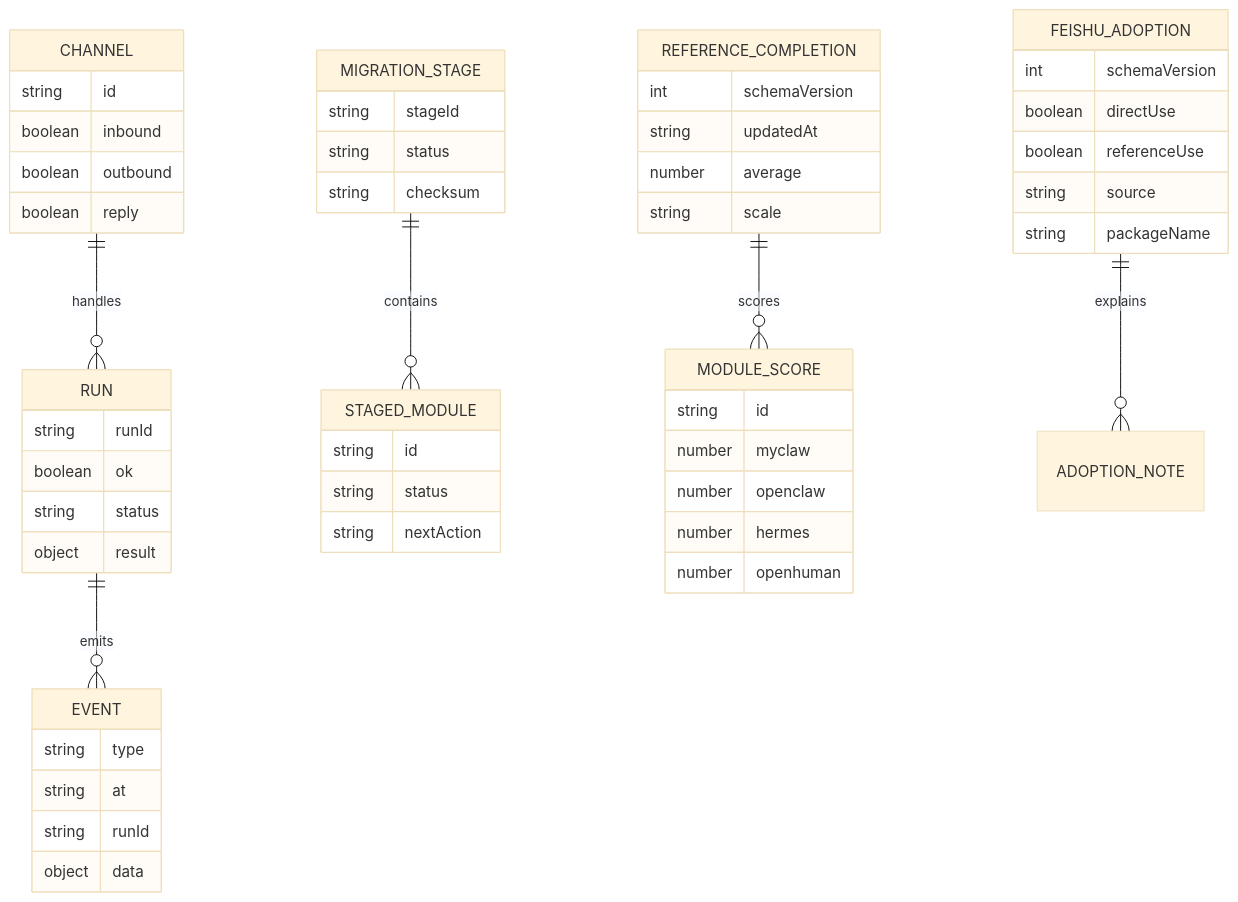
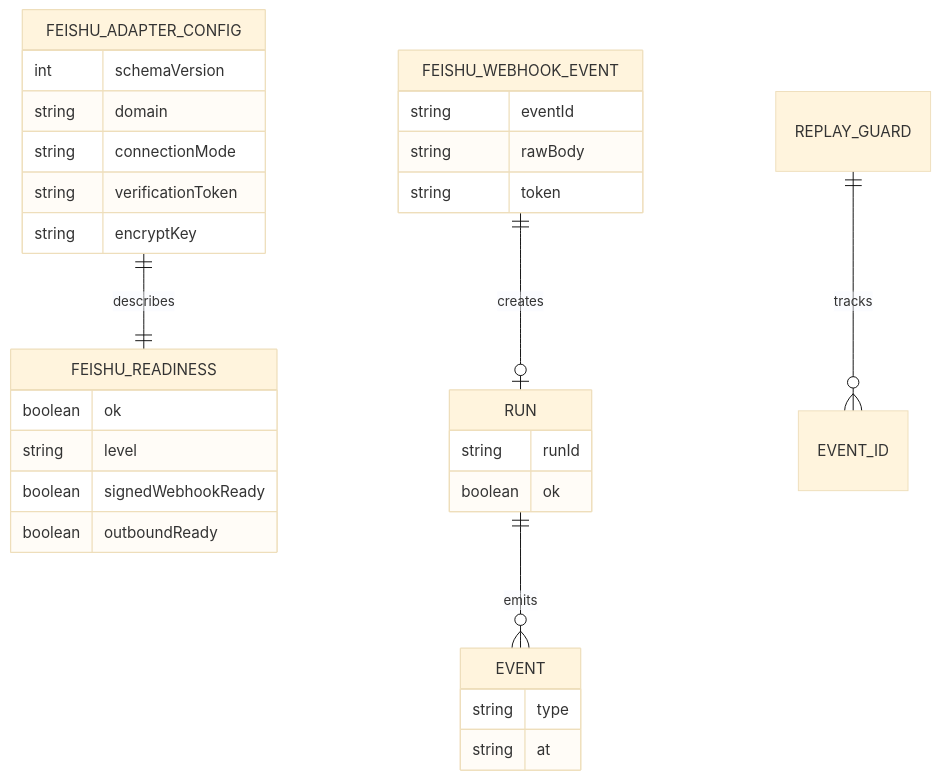
One commit to mayf3/myclaw changed the sixth of 8 diagrams in docs/implementation-architecture.md. Above: the diagram before and after it, drawn with Mermaid (base theme). The commit also changed other lines of this file and 38 other files, not shown here.

Commit message:
feat: add feishu adapter facade

````diff
--- a/docs/implementation-architecture.md
+++ b/docs/implementation-architecture.md
@@ -217,17 +206,34 @@
 ```mermaid
 erDiagram
+  FEISHU_ADAPTER_CONFIG ||--|| FEISHU_READINESS : describes
+  FEISHU_WEBHOOK_EVENT ||--o| RUN : creates
   RUN ||--o{ EVENT : emits
-  CHANNEL ||--o{ RUN : handles
-  MIGRATION_STAGE ||--o{ STAGED_MODULE : contains
-  REFERENCE_COMPLETION ||--o{ MODULE_SCORE : scores
-  FEISHU_ADOPTION ||--o{ ADOPTION_NOTE : explains
+  REPLAY_GUARD ||--o{ EVENT_ID : tracks
 
-  RUN { string runId boolean ok string status object result }
-  EVENT { string type string at string runId object data }
-  CHANNEL { string id boolean inbound boolean outbound boolean reply }
-  MIGRATION_STAGE { string stageId string status string checksum }
-  STAGED_MODULE { string id string status string nextAction }
-  REFERENCE_COMPLETION { int schemaVersion string updatedAt number average string scale }
-  MODULE_SCORE { string id number myclaw number openclaw number hermes number openhuman }
-  FEISHU_ADOPTION { int schemaVersion boolean directUse boolean referenceUse string source string packageName }
+  FEISHU_ADAPTER_CONFIG {
+    int schemaVersion
+    string domain
+    string connectionMode
+    string verificationToken
+    string encryptKey
+  }
+  FEISHU_READINESS {
+    boolean ok
+    string level
+    boolean signedWebhookReady
+    boolean outboundReady
+  }
+  FEISHU_WEBHOOK_EVENT {
+    string eventId
+    string rawBody
+    string token
+  }
+  RUN {
+    string runId
+    boolean ok
+  }
+  EVENT {
+    string type
+    string at
+  }
 ```
````
